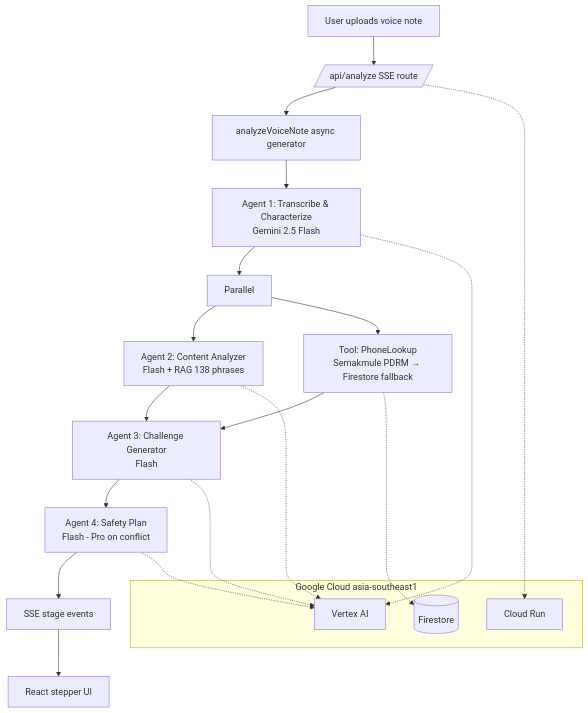
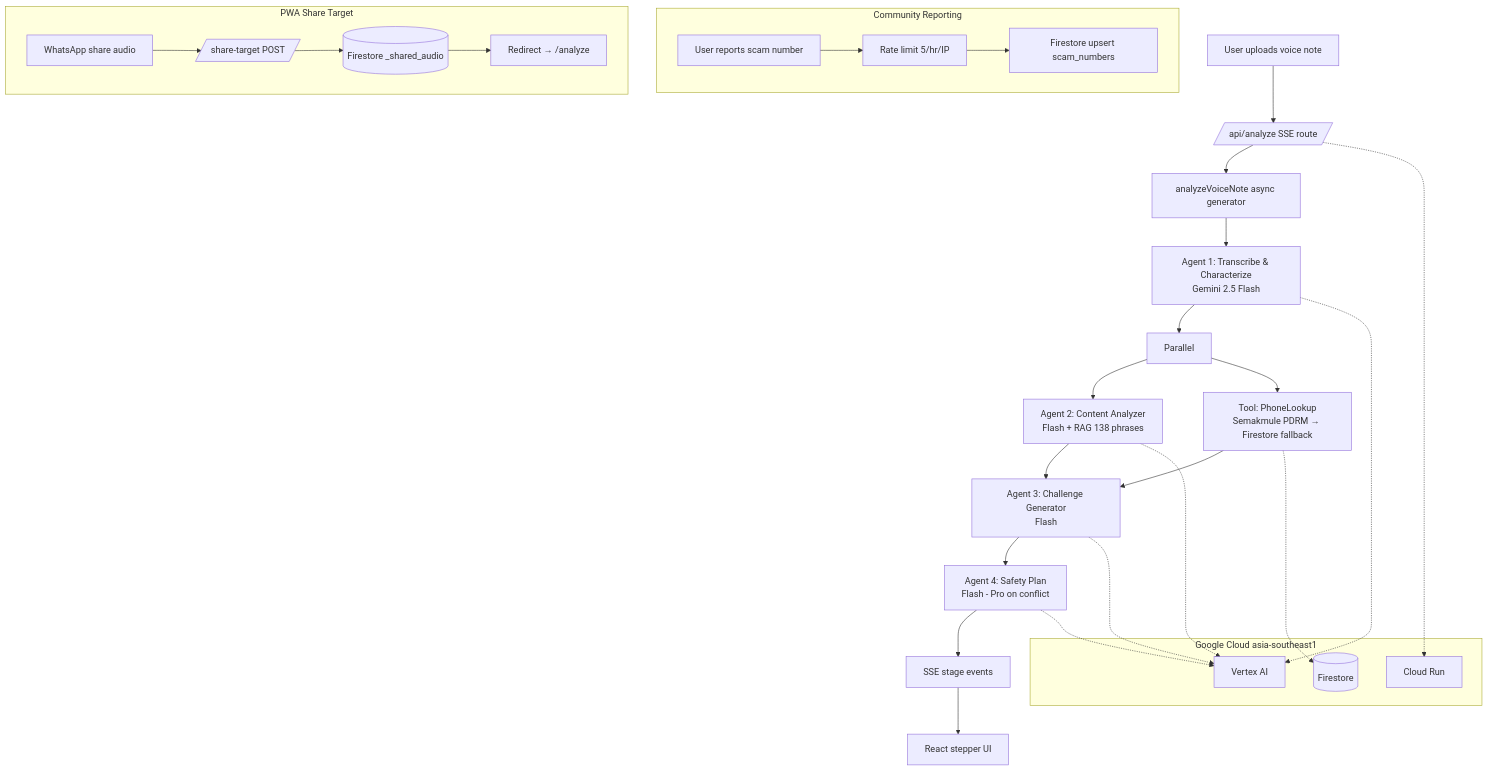
The diagram in README.md (moshcat/dengardulu), drawn with Mermaid before and after one commit. The commit also changed other lines of this file, not shown here.

````diff
--- a/README.md
+++ b/README.md
@@ -49,28 +55,39 @@
 ```mermaid
 flowchart TB
     U[User uploads voice note] --> API[/api/analyze SSE route/]
     API --> Flow[analyzeVoiceNote async generator]
 
     Flow --> A1[Agent 1: Transcribe & Characterize<br/>Gemini 2.5 Flash]
     A1 --> Par[Parallel]
     Par --> A2[Agent 2: Content Analyzer<br/>Flash + RAG 138 phrases]
     Par --> T1[Tool: PhoneLookup<br/>Semakmule PDRM → Firestore fallback]
     A2 --> A3[Agent 3: Challenge Generator<br/>Flash]
     T1 --> A3
     A3 --> A4[Agent 4: Safety Plan<br/>Flash - Pro on conflict]
     A4 --> Stream[SSE stage events]
     Stream --> UI[React stepper UI]
 
     subgraph Google Cloud asia-southeast1
       VAI[Vertex AI]
       FS[(Firestore)]
       CR[Cloud Run]
     end
 
     A1 -.-> VAI
     A2 -.-> VAI
     A3 -.-> VAI
     A4 -.-> VAI
     T1 -.-> FS
     API -.-> CR
+
+    subgraph Community Reporting
+      CU[User reports scam number] --> RL[Rate limit 5/hr/IP]
+      RL --> FU[Firestore upsert scam_numbers]
+    end
+
+    subgraph PWA Share Target
+      WA[WhatsApp share audio] --> ST[/share-target POST/]
+      ST --> TMP[(Firestore _shared_audio)]
+      TMP --> AN[Redirect → /analyze]
+    end
 ```
````
